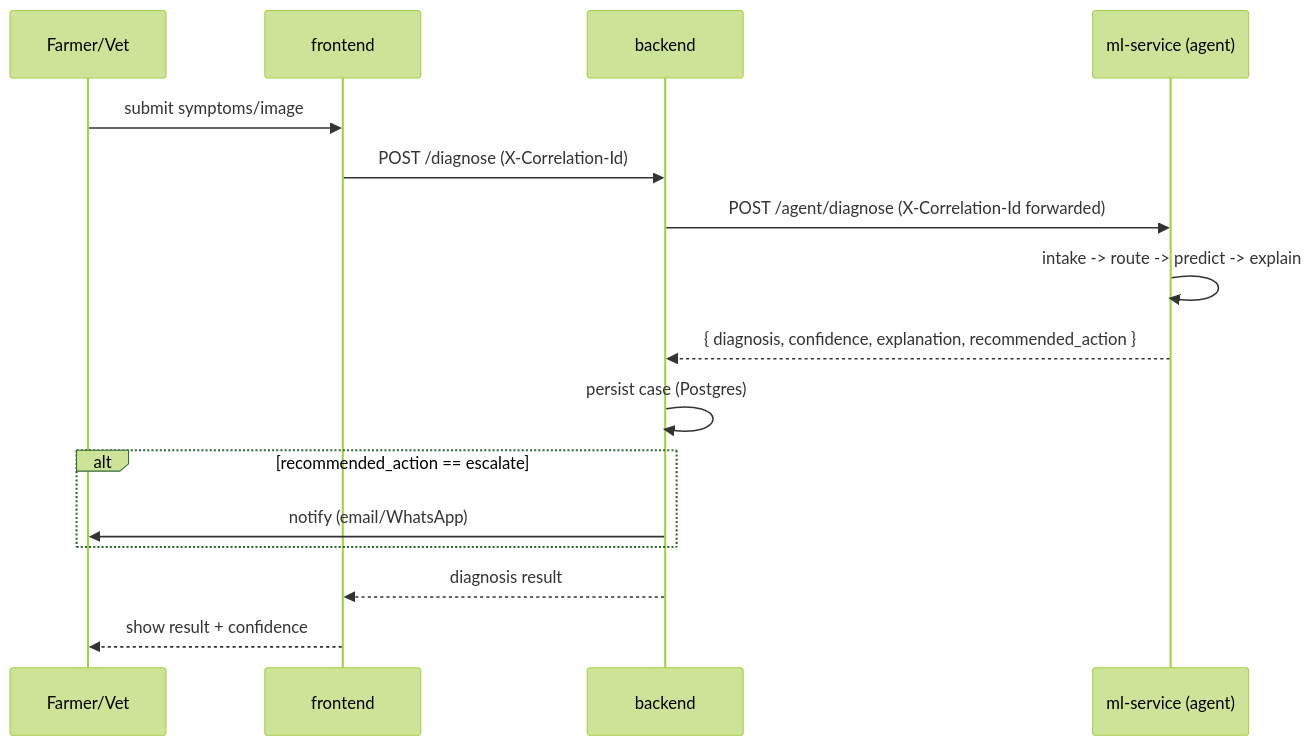
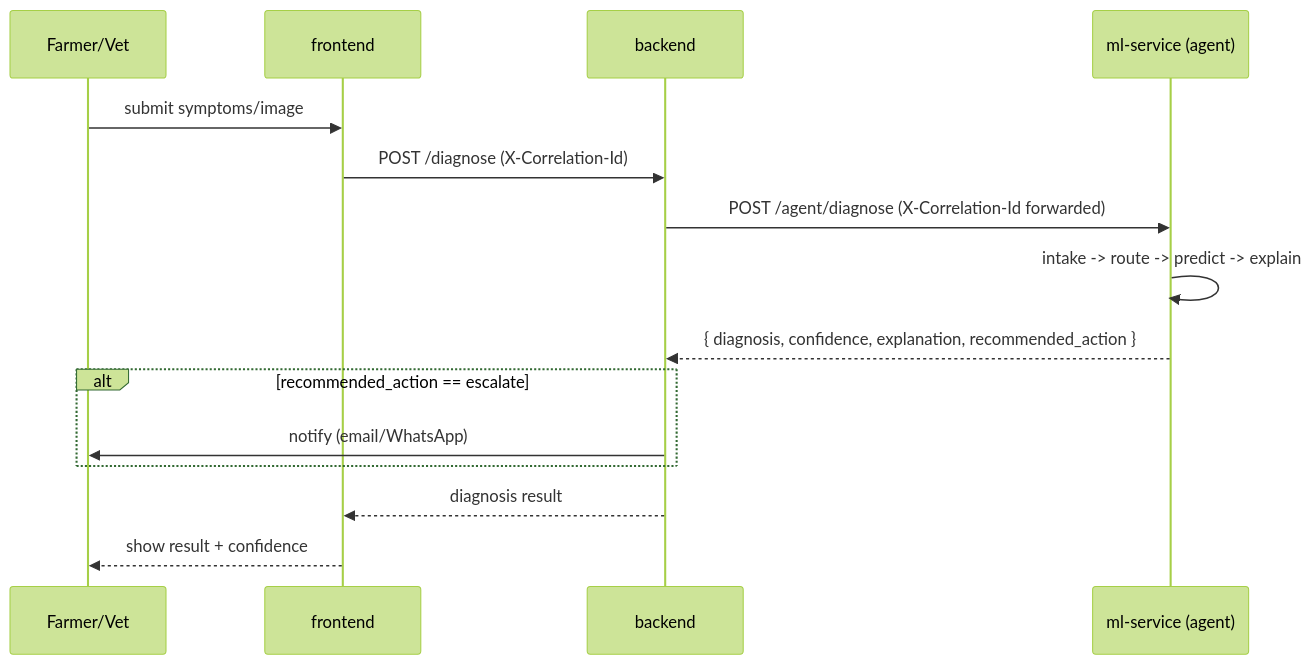
Before and after one commit to arun-codewalnut/Cattle-Disease-Prediction-System: the second of 2 diagrams in docs/ARCHITECTURE.md, drawn with Mermaid (forest theme). The commit also changed other lines of this file and 39 other files, not shown here.

````diff
--- a/docs/ARCHITECTURE.md
+++ b/docs/ARCHITECTURE.md
@@ -16,19 +15,18 @@
 ```mermaid
 sequenceDiagram
     participant U as Farmer/Vet
     participant FE as frontend
     participant BE as backend
     participant ML as ml-service (agent)
 
     U->>FE: submit symptoms/image
     FE->>BE: POST /diagnose (X-Correlation-Id)
     BE->>ML: POST /agent/diagnose (X-Correlation-Id forwarded)
     ML->>ML: intake -> route -> predict -> explain
     ML-->>BE: { diagnosis, confidence, explanation, recommended_action }
-    BE->>BE: persist case (Postgres)
     alt recommended_action == escalate
         BE->>U: notify (email/WhatsApp)
     end
     BE-->>FE: diagnosis result
     FE-->>U: show result + confidence
 ```
````
